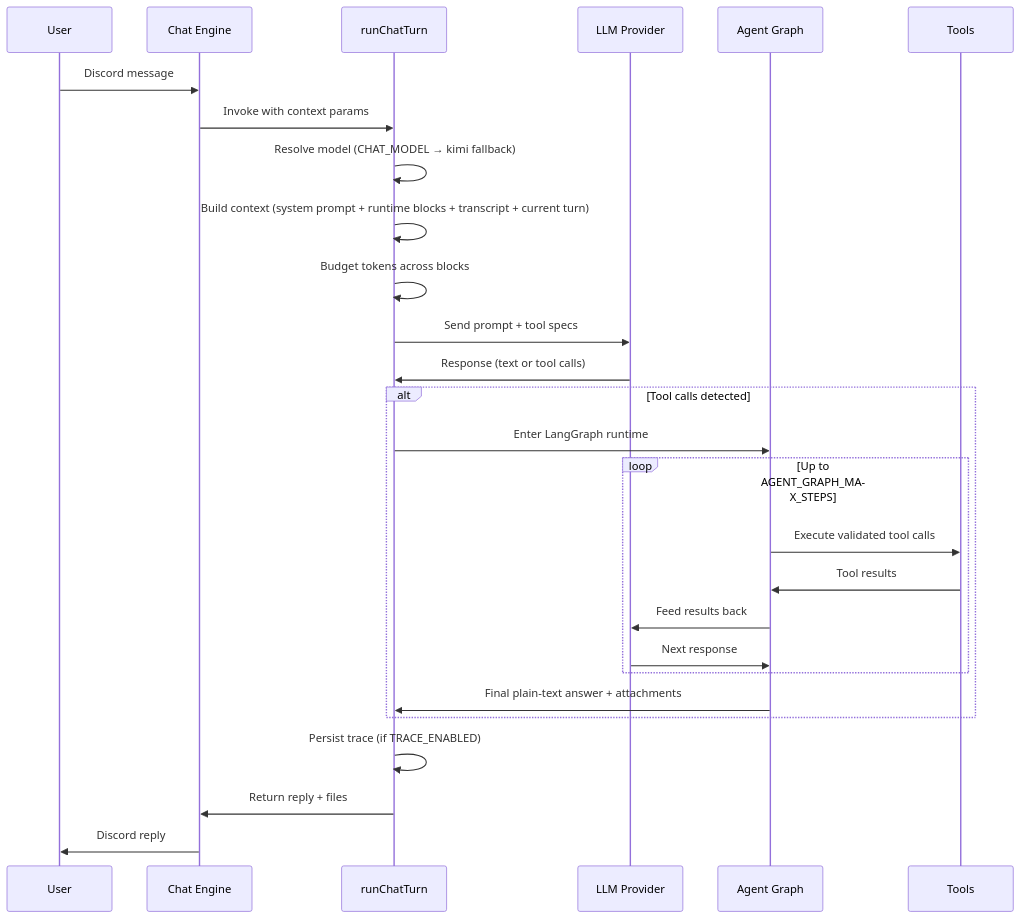
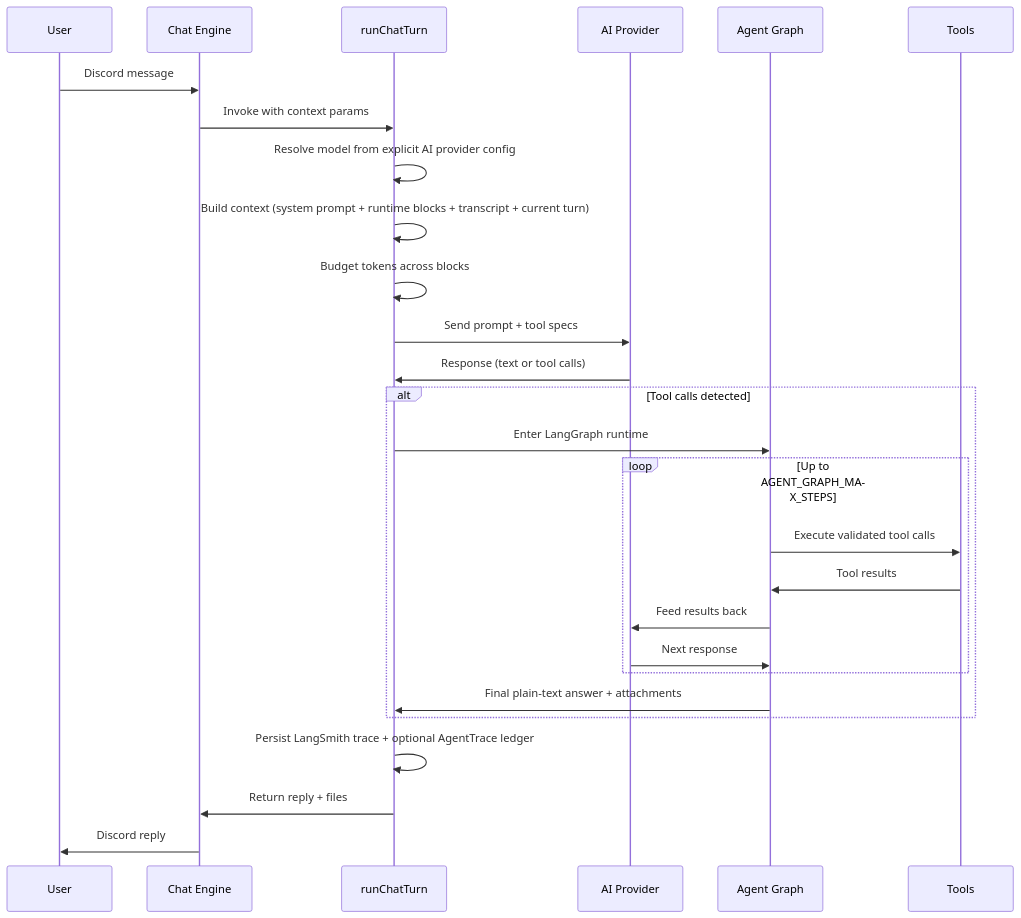
One commit to BokX1/Sage changed the second of 2 diagrams in docs/architecture/OVERVIEW.md. Above: the diagram before and after it, drawn with Mermaid. The commit also changed other lines of this file and 90 other files, not shown here.

````diff
--- a/docs/architecture/OVERVIEW.md
+++ b/docs/architecture/OVERVIEW.md
@@ -107,32 +107,32 @@
 ```mermaid
 sequenceDiagram
     participant U as User
     participant CE as Chat Engine
     participant RT as runChatTurn
-    participant LLM as LLM Provider
+    participant LLM as AI Provider
     participant AG as Agent Graph
     participant T as Tools
 
     U->>CE: Discord message
     CE->>RT: Invoke with context params
-    RT->>RT: Resolve model (CHAT_MODEL → kimi fallback)
+    RT->>RT: Resolve model from explicit AI provider config
     RT->>RT: Build context (system prompt + runtime blocks + transcript + current turn)
     RT->>RT: Budget tokens across blocks
     RT->>LLM: Send prompt + tool specs
     LLM->>RT: Response (text or tool calls)
 
     alt Tool calls detected
         RT->>AG: Enter LangGraph runtime
         loop Up to AGENT_GRAPH_MAX_STEPS
             AG->>T: Execute validated tool calls
             T->>AG: Tool results
             AG->>LLM: Feed results back
             LLM->>AG: Next response
         end
         AG->>RT: Final plain-text answer + attachments
     end
 
-    RT->>RT: Persist trace (if TRACE_ENABLED)
+    RT->>RT: Persist LangSmith trace + optional AgentTrace ledger
     RT->>CE: Return reply + files
     CE->>U: Discord reply
 ```
````
